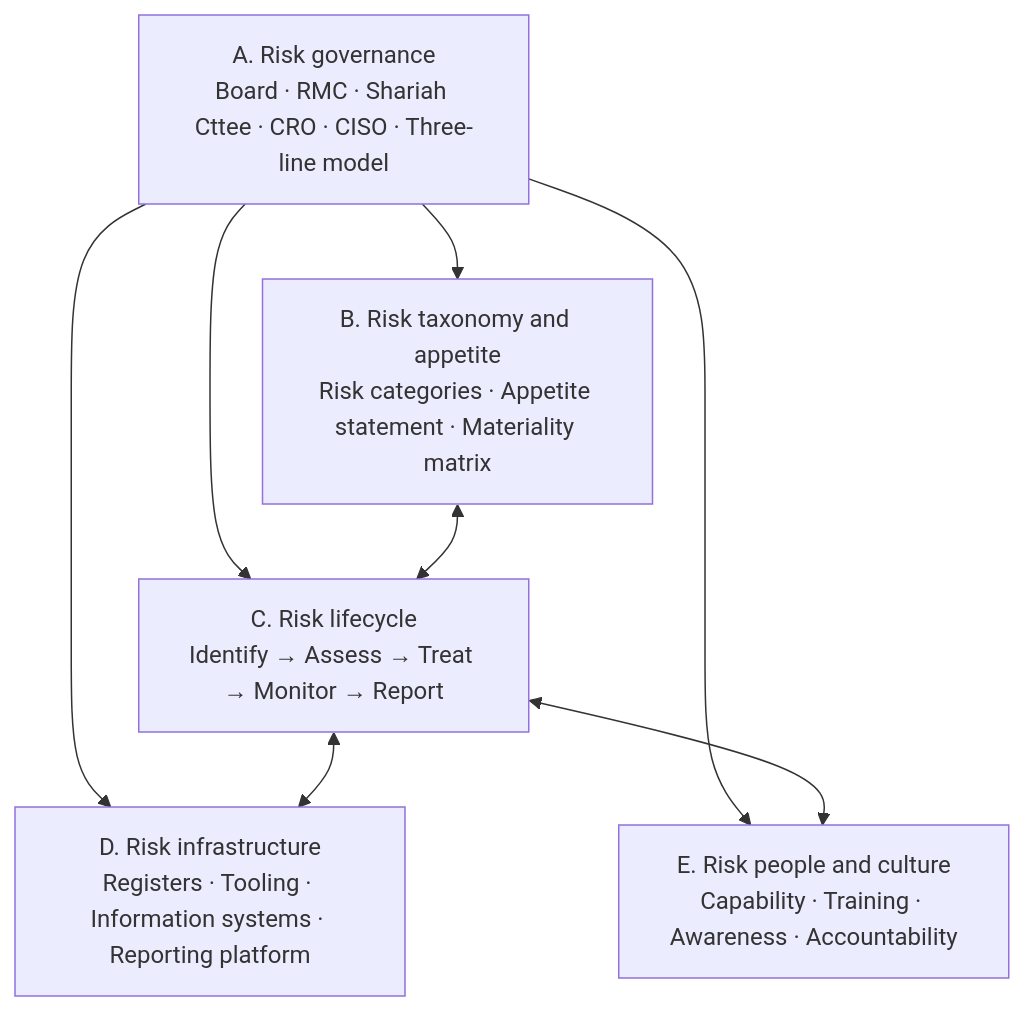
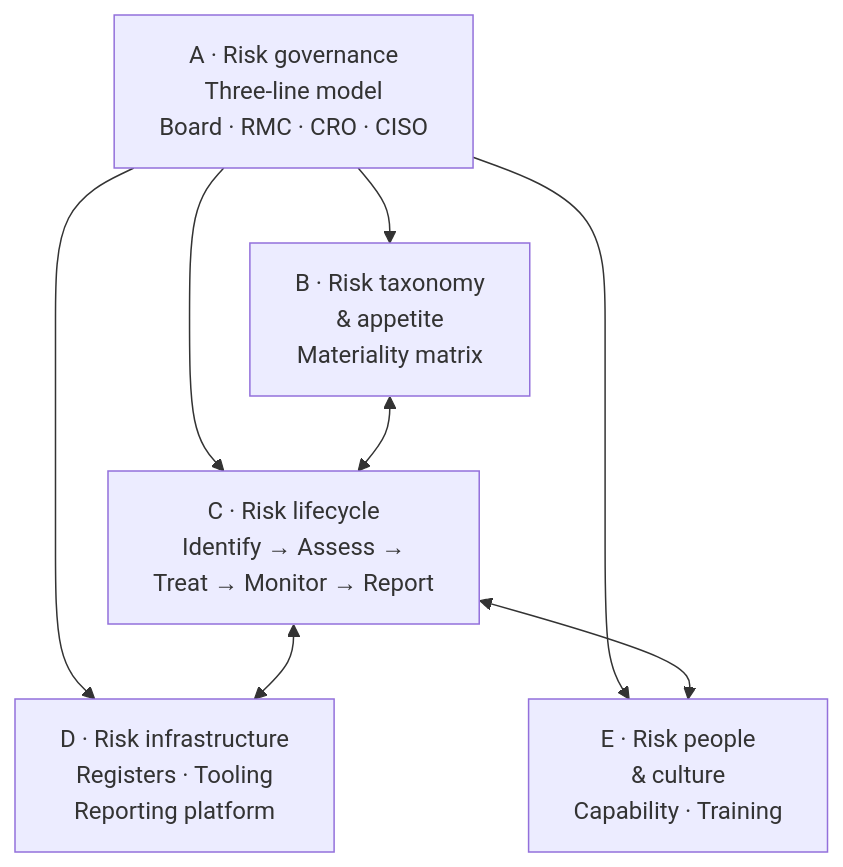
One commit to dawuds/documentation changed the first of 2 diagrams in 01-frameworks/TRMF.md. Above: the diagram before and after it, drawn with Mermaid. The commit also changed other lines of this file and 2 other files, not shown here.

Commit message:
Fix mermaid font cutoff; trim README
Font cutoff in the mermaid diagrams was caused by (1) <b> bold tags
(GitHub under-measures their width and clips) and (2) over-long single
lines inside nodes and edge labels. Fix applied:

- README architecture diagram: removed <b> tags; split long lines so
  each is short
- 00-architecture/architecture.md layer-stack diagram: shortened
  Layer 0 / Layer 1 node labels (were 60-70 char single lines)
- 00-architecture/architecture.md relationships diagram: shortened
  node labels and edge labels; removed self-referential CRMF edge;
  moved the InfoSec sub-framework note to prose beneath
- TRMF structure diagram: split the long component descriptor lines
  across multiple <br/> breaks

README trims per request:
- removed "Where to start" section
- (versions/build status already moved to the bottom in prior commit)

````diff
--- a/01-frameworks/TRMF.md
+++ b/01-frameworks/TRMF.md
@@ -200,16 +200,16 @@
 ```mermaid
 flowchart TB
-    A["A. Risk governance<br/>Board · RMC · Shariah Cttee · CRO · CISO · Three-line model"]
-    B["B. Risk taxonomy and appetite<br/>Risk categories · Appetite statement · Materiality matrix"]
-    C["C. Risk lifecycle<br/>Identify → Assess → Treat → Monitor → Report"]
-    D["D. Risk infrastructure<br/>Registers · Tooling · Information systems · Reporting platform"]
-    E["E. Risk people and culture<br/>Capability · Training · Awareness · Accountability"]
+    A["A · Risk governance<br/>Three-line model<br/>Board · RMC · CRO · CISO"]
+    B["B · Risk taxonomy<br/>& appetite<br/>Materiality matrix"]
+    C["C · Risk lifecycle<br/>Identify → Assess →<br/>Treat → Monitor → Report"]
+    D["D · Risk infrastructure<br/>Registers · Tooling<br/>Reporting platform"]
+    E["E · Risk people<br/>& culture<br/>Capability · Training"]
 
     A --> B
     A --> C
     A --> D
     A --> E
     B <--> C
     C <--> D
     C <--> E
 ```
````
